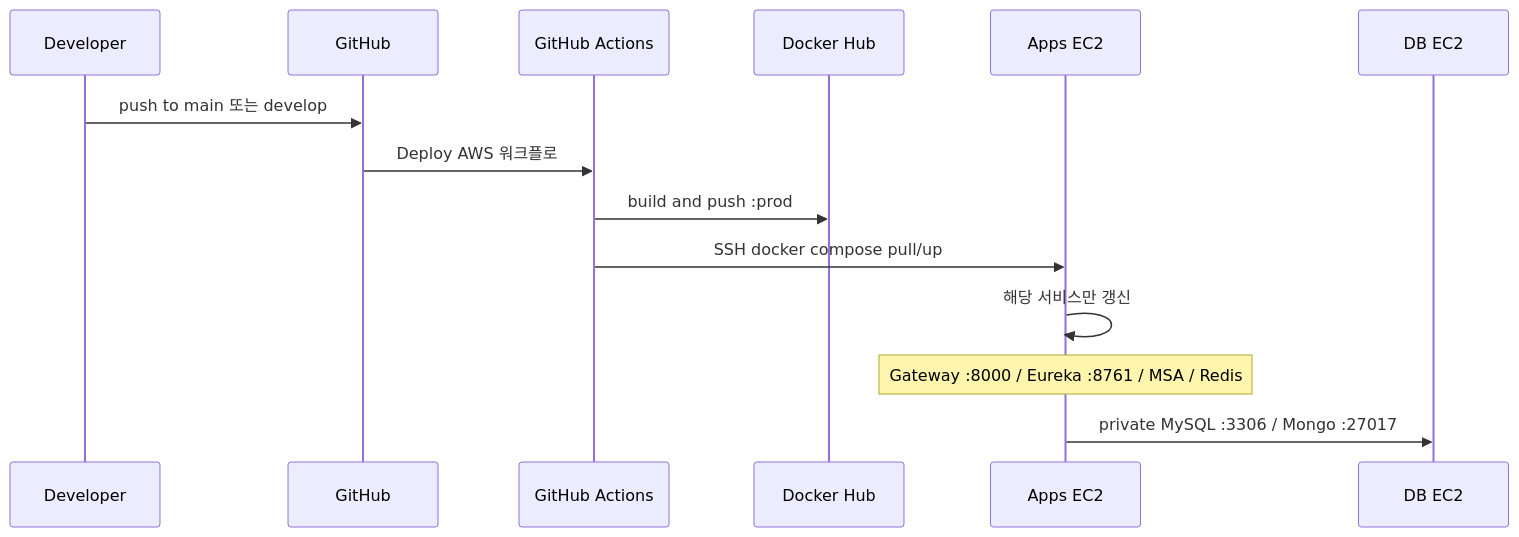
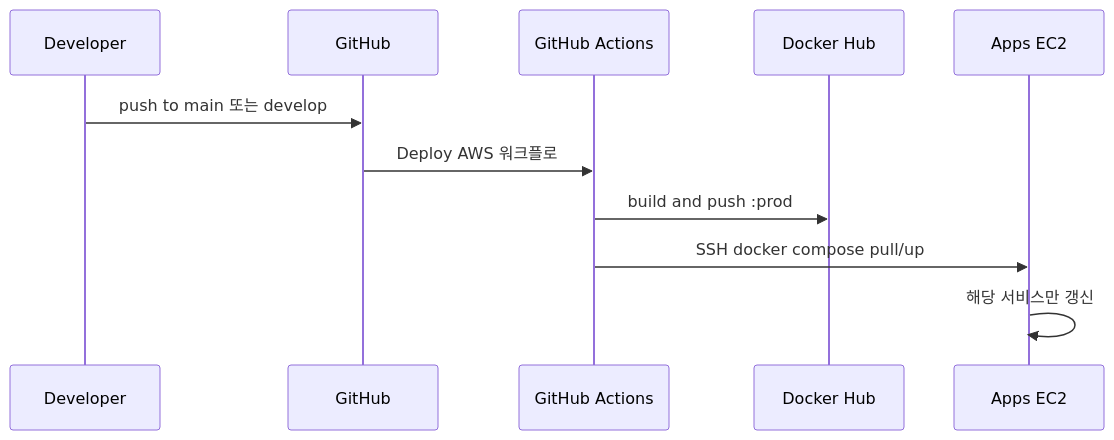
The third of 3 diagrams in docs/cicd-flow.md (SpartaValueHub/ValueHub-AWS-Infra), drawn with Mermaid before and after one commit. The commit also changed other lines of this file, not shown here.

Commit message:
Split cicd-flow diagrams into deploy-only and API-only views.

````diff
--- a/docs/cicd-flow.md
+++ b/docs/cicd-flow.md
@@ -59,17 +68,14 @@
 ```mermaid
 sequenceDiagram
   participant Dev as Developer
   participant GH as GitHub
   participant GHA as GitHub Actions
   participant Hub as Docker Hub
   participant Apps as Apps EC2
-  participant DB as DB EC2
 
   Dev->>GH: push to main 또는 develop
   GH->>GHA: Deploy AWS 워크플로
   GHA->>Hub: build and push :prod
   GHA->>Apps: SSH docker compose pull/up
   Apps->>Apps: 해당 서비스만 갱신
-  Note over Apps: Gateway :8000 / Eureka :8761 / MSA / Redis
-  Apps->>DB: private MySQL :3306 / Mongo :27017
 ```
````
